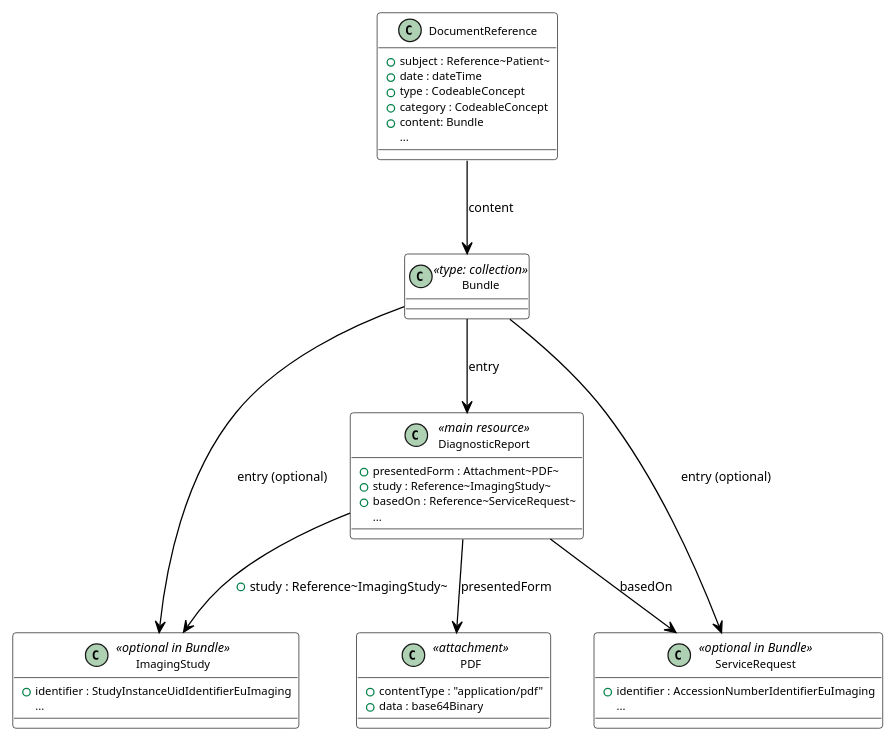
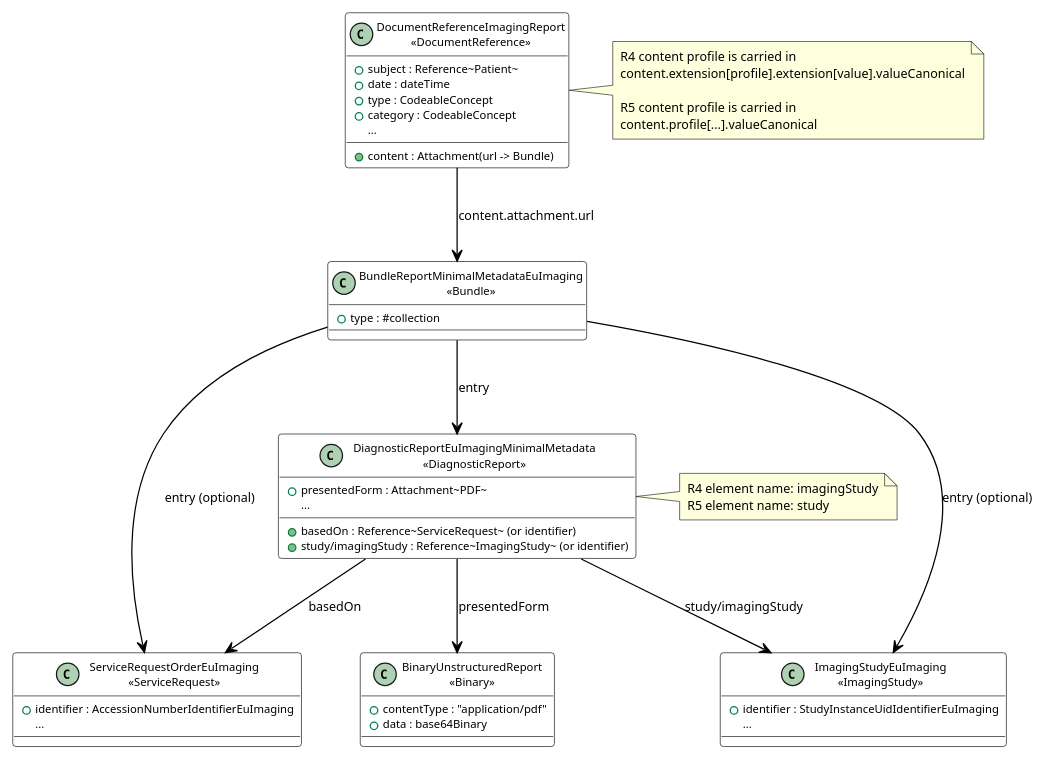
One commit to hl7-eu/imaging changed the diagram in igs/imaging-r5/input/images-source/data-format-basic-metadata.plantuml. Above: the diagram before and after it, drawn with PlantUML. The commit also changed 136 other files, not shown here.

```diff
--- a/igs/imaging-r5/input/images-source/data-format-basic-metadata.plantuml
+++ b/igs/imaging-r5/input/images-source/data-format-basic-metadata.plantuml
@@ -1,56 +1,70 @@
 @startuml data-format-basic-metadata
 
 skinparam backgroundColor white
 skinparam handwritten false
 skinparam defaultFontSize 10
 skinparam classAttributeFontSize 9
 
 skinparam class {
   BackgroundColor White
   BorderColor Black
   ArrowColor Black
 }
 
-class DocumentReference {
+class "DocumentReferenceImagingReport\n<<DocumentReference>>" as DocumentReferenceImagingReport [[./StructureDefinition-DocumentReferenceImagingReport.html]] {
   +subject : Reference~Patient~
   +date : dateTime
   +type : CodeableConcept
   +category : CodeableConcept
-  +content: Bundle
+  +content : Attachment(url -> Bundle)
   ...
 }
 
-class Bundle <<type: collection>> {
+class "BundleReportMinimalMetadataEuImaging\n<<Bundle>>" as BundleReportMinimalMetadataEuImaging [[./StructureDefinition-BundleReportMinimalMetadataEuImaging.html]] {
+  +type : #collection
 }
 
-class DiagnosticReport <<main resource>> {
+class "DiagnosticReportEuImagingMinimalMetadata\n<<DiagnosticReport>>" as DiagnosticReportEuImagingMinimalMetadata [[./StructureDefinition-DiagnosticReportEuImagingMinimalMetadata.html]] {
   +presentedForm : Attachment~PDF~
-  +study : Reference~ImagingStudy~
-  +basedOn : Reference~ServiceRequest~
+  +basedOn : Reference~ServiceRequest~ (or identifier)
+  +study/imagingStudy : Reference~ImagingStudy~ (or identifier)
   ...
 }
 
-class ImagingStudy <<optional in Bundle>> {
+class "ImagingStudyEuImaging\n<<ImagingStudy>>" as ImagingStudyEuImaging [[./StructureDefinition-ImagingStudyEuImaging.html]] {
   +identifier : StudyInstanceUidIdentifierEuImaging
   ...
 }
 
-class ServiceRequest <<optional in Bundle>> {
+class "ServiceRequestOrderEuImaging\n<<ServiceRequest>>" as ServiceRequestOrderEuImaging [[./StructureDefinition-ServiceRequestOrderEuImaging.html]] {
   +identifier : AccessionNumberIdentifierEuImaging
   ...
 }
 
-class PDF <<attachment>> {
+class "BinaryUnstructuredReport\n<<Binary>>" as BinaryUnstructuredReport [[./Binary-unstructured-pdf.html]] {
   +contentType : "application/pdf"
   +data : base64Binary
 }
 
-DocumentReference --> Bundle : content
-Bundle --> DiagnosticReport : entry
-Bundle --> ImagingStudy : entry (optional)
-Bundle --> ServiceRequest : entry (optional)
-DiagnosticReport --> PDF : presentedForm
-DiagnosticReport --> ImagingStudy : +study : Reference~ImagingStudy~
-DiagnosticReport --> ServiceRequest : basedOn
+DocumentReferenceImagingReport --> BundleReportMinimalMetadataEuImaging : content.attachment.url
+BundleReportMinimalMetadataEuImaging --> DiagnosticReportEuImagingMinimalMetadata : entry
+BundleReportMinimalMetadataEuImaging --> ImagingStudyEuImaging : entry (optional)
+BundleReportMinimalMetadataEuImaging --> ServiceRequestOrderEuImaging : entry (optional)
+DiagnosticReportEuImagingMinimalMetadata --> BinaryUnstructuredReport : presentedForm
+DiagnosticReportEuImagingMinimalMetadata --> ImagingStudyEuImaging : study/imagingStudy
+DiagnosticReportEuImagingMinimalMetadata --> ServiceRequestOrderEuImaging : basedOn
+
+note right of DiagnosticReportEuImagingMinimalMetadata
+R4 element name: imagingStudy
+R5 element name: study
+end note
+
+note right of DocumentReferenceImagingReport
+R4 content profile is carried in
+content.extension[profile].extension[value].valueCanonical
+
+R5 content profile is carried in
+content.profile[...].valueCanonical
+end note
 
 @enduml
```
